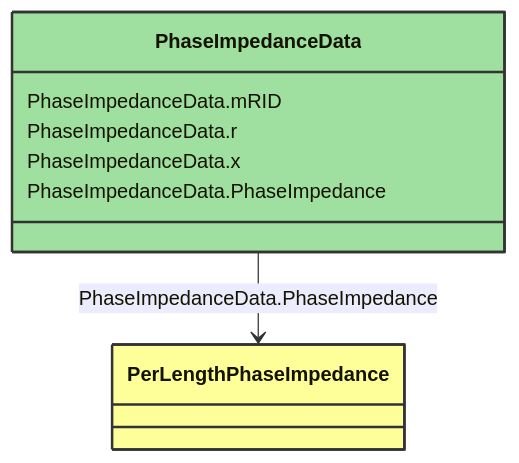
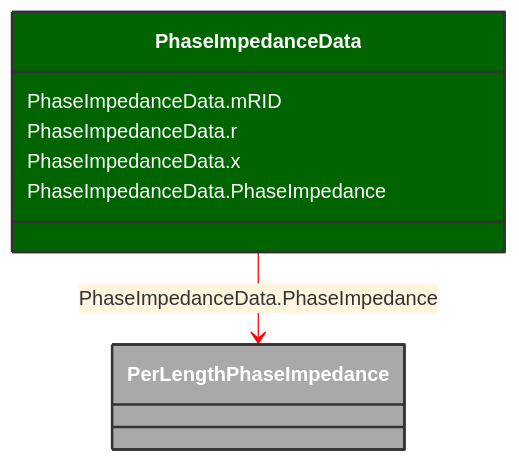
The diagram in docs/Models/Profiles/SubseaCableInfo/ConcreteClasses/PhaseImpedanceData.md (3lbits/NoCIMExtensions), drawn with Mermaid before and after one commit. The commit also changed 58 other files, not shown here.

````diff
--- a/docs/Models/Profiles/SubseaCableInfo/ConcreteClasses/PhaseImpedanceData.md
+++ b/docs/Models/Profiles/SubseaCableInfo/ConcreteClasses/PhaseImpedanceData.md
@@ -8,18 +8,19 @@
 ```mermaid
+%%{init: {'theme':'base','themeVariables': {'lineColor': '#FF0000'}}}%%
 classDiagram
     class PhaseImpedanceData
     click PhaseImpedanceData href "/Models/Profiles/SubseaCableInfo/ConcreteClasses/PhaseImpedanceData/"
-    style PhaseImpedanceData fill:#9fdf9f,stroke:#333,stroke-width:2px,rx:10,ry:10
+    style PhaseImpedanceData fill:#006400,stroke:#333,stroke-width:2px,rx:10,ry:10,color:white
 
         PhaseImpedanceData --> PerLengthPhaseImpedance : PhaseImpedanceData.PhaseImpedance
 
         PerLengthPhaseImpedance
             click PerLengthPhaseImpedance href "/Models/Profiles/SubseaCableInfo/ConcreteClasses/PerLengthPhaseImpedance/"
-            style PerLengthPhaseImpedance fill:#ffff99,stroke:#333,stroke-width:2px,rx:10,ry:10
+            style PerLengthPhaseImpedance fill:#A9A9A9,stroke:#333,stroke-width:2px,rx:10,ry:10,color:white
 
 
         PhaseImpedanceData : PhaseImpedanceData.mRID
         PhaseImpedanceData : PhaseImpedanceData.r
         PhaseImpedanceData : PhaseImpedanceData.x
         PhaseImpedanceData : PhaseImpedanceData.PhaseImpedance
 ```
````
